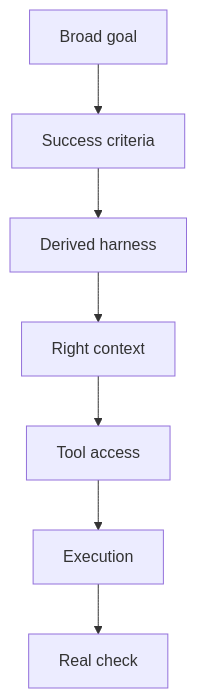
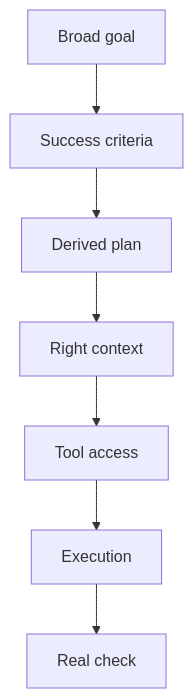
Before and after one commit to jremick/codexmaxxing: the second of 2 diagrams in docs/research-synthesis.md, drawn with Mermaid. The commit also changed other lines of this file and 38 other files, not shown here.

````diff
--- a/docs/research-synthesis.md
+++ b/docs/research-synthesis.md
@@ -123,9 +123,9 @@
 ```mermaid
 flowchart TD
   A["Broad goal"] --> B["Success criteria"]
-  B --> C["Derived harness"]
+  B --> C["Derived plan"]
   C --> D["Right context"]
   D --> E["Tool access"]
   E --> F["Execution"]
   F --> G["Real check"]
 ```
````
